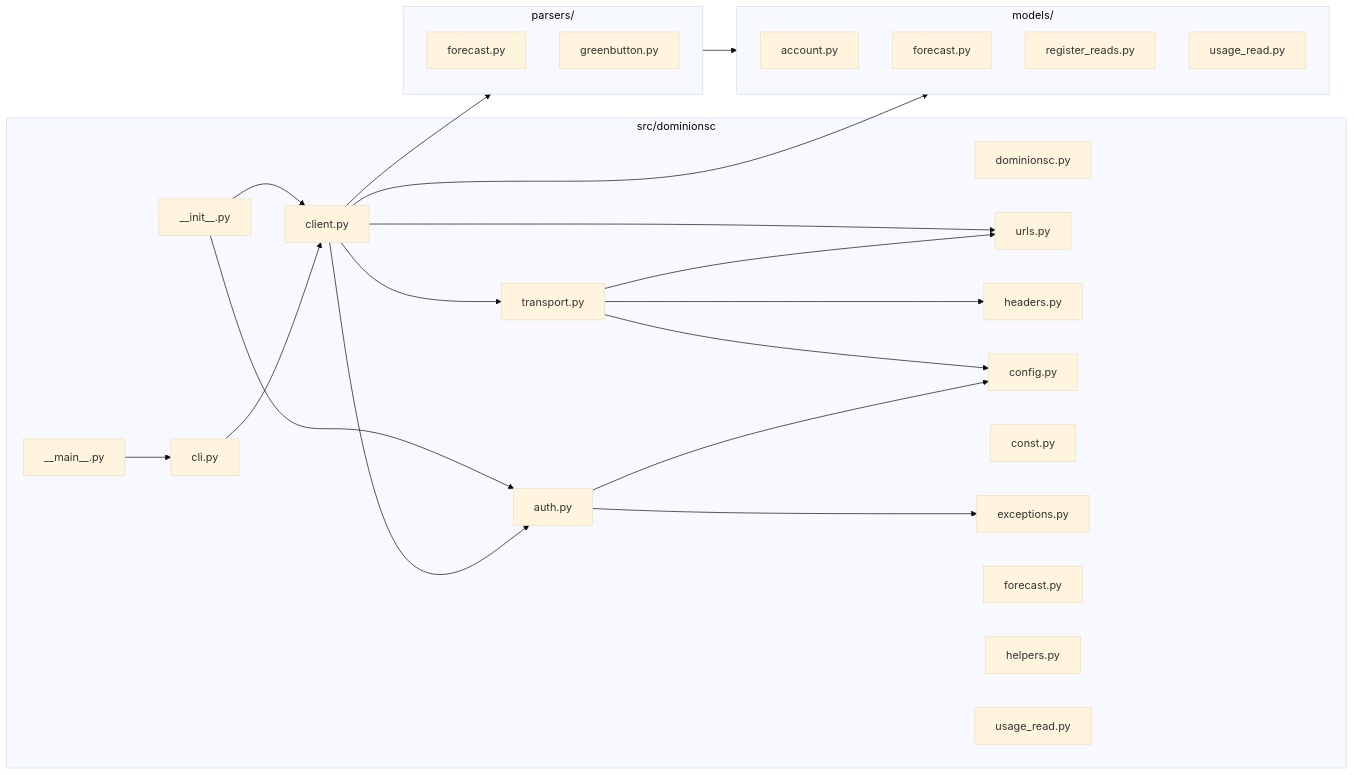
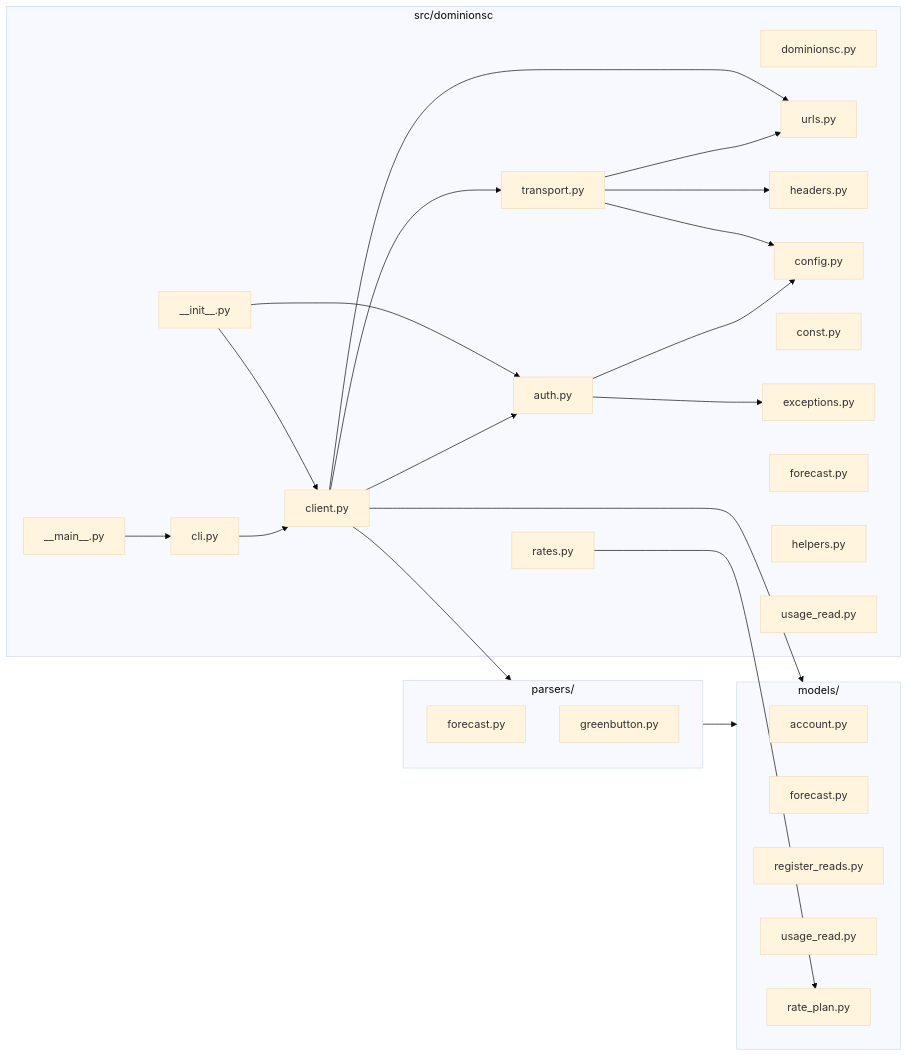
The diagram in docs/architecture/02-components.md (hype8912/dominion-sc-power), drawn with Mermaid (base theme) before and after one commit. The commit also changed other lines of this file and 7 other files, not shown here.

First line of the commit message:
docs: sync documentation with pilot_id override and rate plan refactor

````diff
--- a/docs/architecture/02-components.md
+++ b/docs/architecture/02-components.md
@@ -38,48 +40,51 @@
 ```mermaid
 flowchart LR
     subgraph Package["src/dominionsc"]
         Init["__init__.py"]
         DominionscMod["dominionsc.py"]
         Auth["auth.py"]
         Client["client.py"]
         CLI["cli.py"]
         Transport["transport.py"]
         URLs["urls.py"]
         Headers["headers.py"]
         Config["config.py"]
         Const["const.py"]
         Exceptions["exceptions.py"]
         ForecastMod["forecast.py"]
         Helpers["helpers.py"]
         UsageReadMod["usage_read.py"]
+        Rates["rates.py"]
         Main["__main__.py"]
     end
 
     subgraph Models["models/"]
         M_Account["account.py"]
         M_Forecast["forecast.py"]
         M_RegReads["register_reads.py"]
         M_Usage["usage_read.py"]
+        M_RatePlan["rate_plan.py"]
     end
 
     subgraph Parsers["parsers/"]
         P_Forecast["forecast.py"]
         P_Green["greenbutton.py"]
     end
 
     Init --> Client
     Init --> Auth
     Client --> Transport
     Client --> Auth
     Client --> URLs
     Client --> Parsers
     Client --> Models
     CLI --> Client
     Transport --> URLs
     Transport --> Headers
     Transport --> Config
     Auth --> Config
     Auth --> Exceptions
     Parsers --> Models
     Main --> CLI
+    Rates --> M_RatePlan
 ```
````
